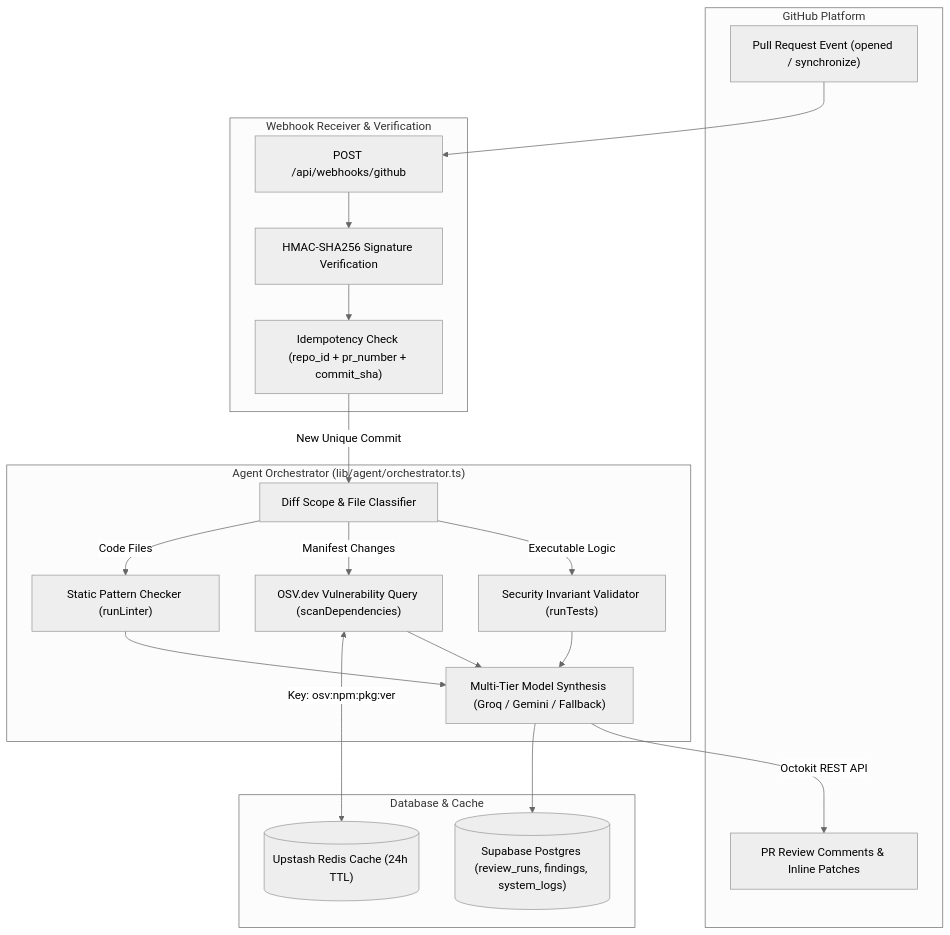
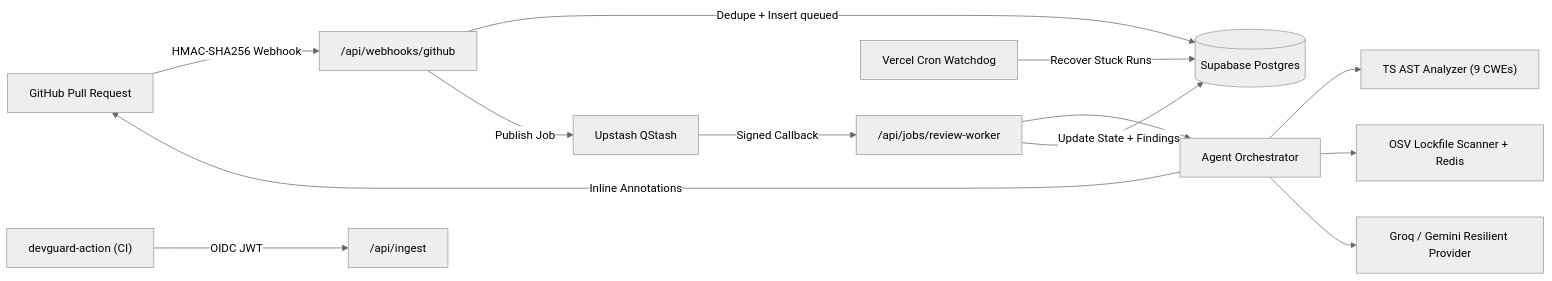
One commit to rajendrabist07/dev-guard-ai changed the diagram in README.md. Above: the diagram before and after it, drawn with Mermaid (neutral theme). The commit also changed other lines of this file and 21 other files, not shown here.

Commit message:
docs(phase9): fix CodeQL SHA, add modular OpenAPI 3.1 docs, Phase 9 docs, and final acceptance review

````diff
--- a/README.md
+++ b/README.md
@@ -18,40 +26,15 @@
 ```mermaid
-flowchart TD
-    subgraph GitHub ["GitHub Platform"]
-        PR["Pull Request Event (opened / synchronize)"]
-        Review["PR Review Comments & Inline Patches"]
-    end
-
-    subgraph Ingestion ["Webhook Receiver & Verification"]
-        WH["POST /api/webhooks/github"]
-        Auth["HMAC-SHA256 Signature Verification"]
-        Dedupe["Idempotency Check (repo_id + pr_number + commit_sha)"]
-    end
-
-    subgraph Orchestration ["Agent Orchestrator (lib/agent/orchestrator.ts)"]
-        DiffFilter["Diff Scope & File Classifier"]
-        Linter["Static Pattern Checker (runLinter)"]
-        Deps["OSV.dev Vulnerability Query (scanDependencies)"]
-        Tests["Security Invariant Validator (runTests)"]
-        Synthesis["Multi-Tier Model Synthesis (Groq / Gemini / Fallback)"]
-    end
-
-    subgraph Storage ["Database & Cache"]
-        Redis[("Upstash Redis Cache (24h TTL)")]
-        DB[("Supabase Postgres (review_runs, findings, system_logs)")]
-    end
-
-    PR --> WH
-    WH --> Auth
-    Auth --> Dedupe
-    Dedupe -->|New Unique Commit| DiffFilter
-    DiffFilter -->|Code Files| Linter
-    DiffFilter -->|Manifest Changes| Deps
-    DiffFilter -->|Executable Logic| Tests
-    Deps <-->|Key: osv:npm:pkg:ver| Redis
-    Linter --> Synthesis
-    Deps --> Synthesis
-    Tests --> Synthesis
-    Synthesis --> DB
-    Synthesis -->|Octokit REST API| Review
+flowchart LR
+    GH["GitHub Pull Request"] -->|HMAC-SHA256 Webhook| WH["/api/webhooks/github"]
+    GHA["devguard-action (CI)"] -->|OIDC JWT| ING["/api/ingest"]
+    WH -->|Dedupe + Insert queued| DB[(Supabase Postgres)]
+    WH -->|Publish Job| QS["Upstash QStash"]
+    QS -->|Signed Callback| WK["/api/jobs/review-worker"]
+    WK --> ORCH["Agent Orchestrator"]
+    ORCH --> AST["TS AST Analyzer (9 CWEs)"]
+    ORCH --> OSV["OSV Lockfile Scanner + Redis"]
+    ORCH --> LLM["Groq / Gemini Resilient Provider"]
+    ORCH -->|Inline Annotations| GH
+    WK -->|Update State + Findings| DB
+    CRON["Vercel Cron Watchdog"] -->|Recover Stuck Runs| DB
 ```
````
